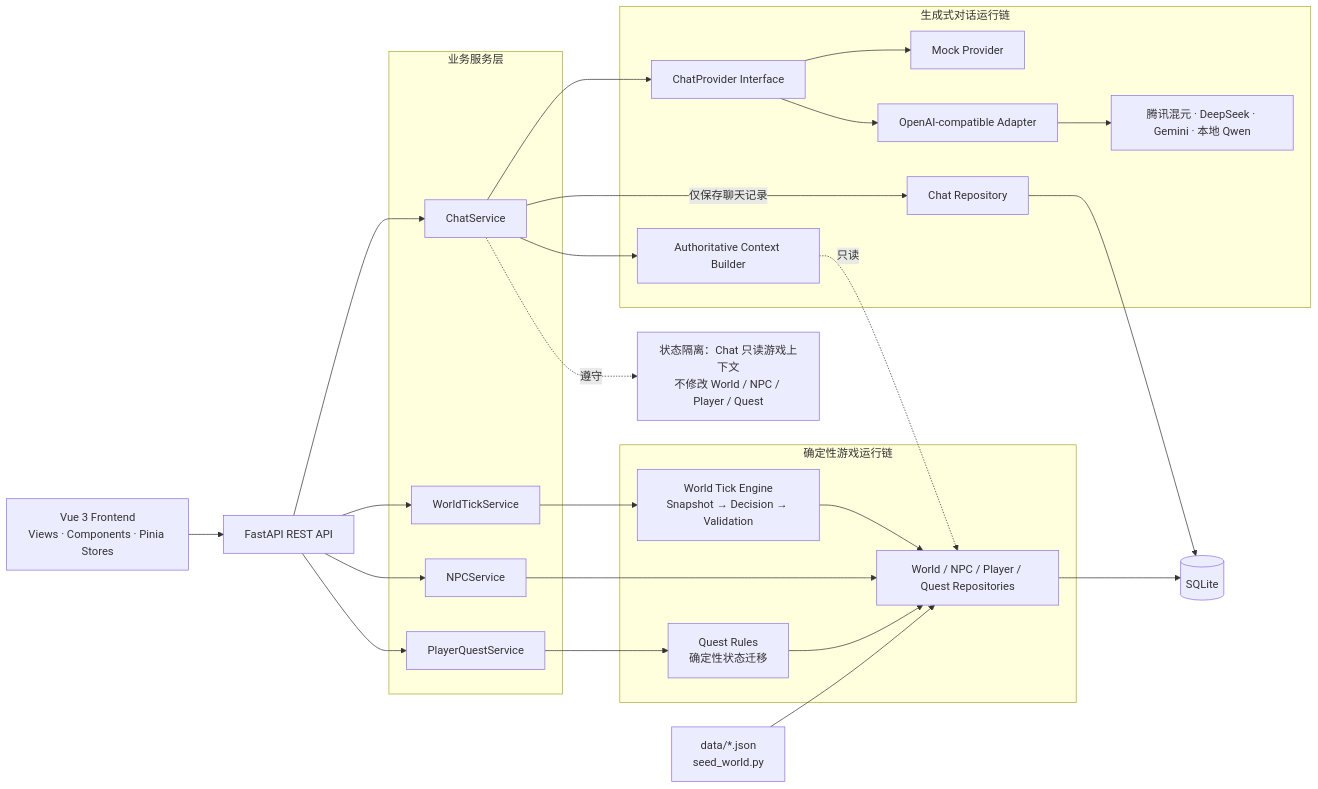
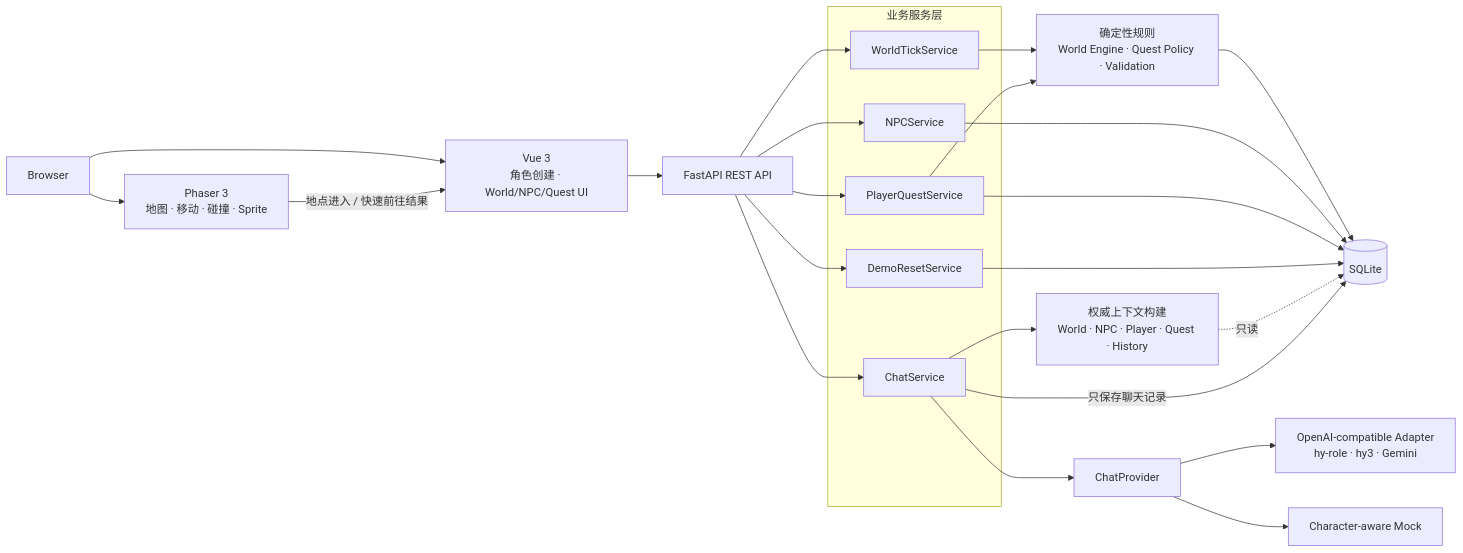
Before and after one commit to DavidYz1/Aleria_AI_Town: the diagram in README.md, drawn with Mermaid. The commit also changed other lines of this file and 1 other file, not shown here.

````diff
--- a/README.md
+++ b/README.md
@@ -173,52 +165,38 @@
 ```mermaid
 flowchart LR
-    Frontend["Vue 3 Frontend<br/>Views · Components · Pinia Stores"]
+    Browser["Browser"]
+    Vue["Vue 3<br/>角色创建 · World/NPC/Quest UI"]
+    Phaser["Phaser 3<br/>地图 · 移动 · 碰撞 · Sprite"]
     API["FastAPI REST API"]
 
     subgraph Services["业务服务层"]
-        WorldTick["WorldTickService"]
-        NPC["NPCService"]
-        PlayerQuest["PlayerQuestService"]
-        Chat["ChatService"]
+        WorldService["WorldTickService"]
+        NPCService["NPCService"]
+        QuestService["PlayerQuestService"]
+        ChatService["ChatService"]
+        ResetService["DemoResetService"]
     end
 
-    subgraph Deterministic["确定性游戏运行链"]
-        WorldEngine["World Tick Engine<br/>Snapshot → Decision → Validation"]
-        QuestRules["Quest Rules<br/>确定性状态迁移"]
-        GameRepositories["World / NPC / Player / Quest Repositories"]
-    end
+    Rules["确定性规则<br/>World Engine · Quest Policy · Validation"]
+    Context["权威上下文构建<br/>World · NPC · Player · Quest · History"]
+    Provider["ChatProvider"]
+    Compatible["OpenAI-compatible Adapter<br/>hy-role · hy3 · Gemini"]
+    Mock["Character-aware Mock"]
+    SQLite[("SQLite")]
 
-    subgraph Generative["生成式对话运行链"]
-        Context["Authoritative Context Builder"]
-        Provider["ChatProvider Interface"]
-        Mock["Mock Provider"]
-        Adapter["OpenAI-compatible Adapter"]
-        Models["腾讯混元 · DeepSeek · Gemini · 本地 Qwen"]
-        ChatRepository["Chat Repository"]
-    end
-
-    SQLite[("SQLite")]
-    Seed["data/*.json<br/>seed_world.py"]
-    Boundary["状态隔离：Chat 只读游戏上下文<br/>不修改 World / NPC / Player / Quest"]
-
-    Frontend --> API
-    API --> WorldTick
-    API --> NPC
-    API --> PlayerQuest
-    API --> Chat
-
-    WorldTick --> WorldEngine --> GameRepositories
-    NPC --> GameRepositories
-    PlayerQuest --> QuestRules --> GameRepositories
-    Seed --> GameRepositories
-    GameRepositories --> SQLite
-
-    Chat --> Context
-    Context -. 只读 .-> GameRepositories
-    Chat --> Provider
+    Browser --> Vue
+    Browser --> Phaser
+    Phaser -->|地点进入 / 快速前往结果| Vue
+    Vue --> API
+    API --> WorldService --> Rules --> SQLite
+    API --> NPCService --> SQLite
+    API --> QuestService --> Rules
+    QuestService --> SQLite
+    API --> ResetService --> SQLite
+    API --> ChatService --> Context
+    Context -.只读.-> SQLite
+    ChatService --> Provider
+    Provider --> Compatible
     Provider --> Mock
-    Provider --> Adapter --> Models
-    Chat -->|仅保存聊天记录| ChatRepository
-    ChatRepository --> SQLite
-    Chat -. 遵守 .-> Boundary
+    ChatService -->|只保存聊天记录| SQLite
 ```
````
